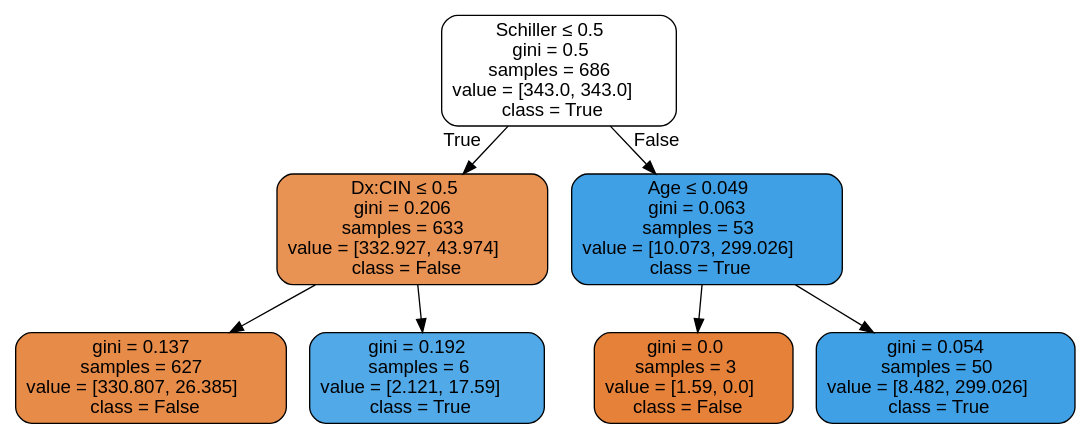
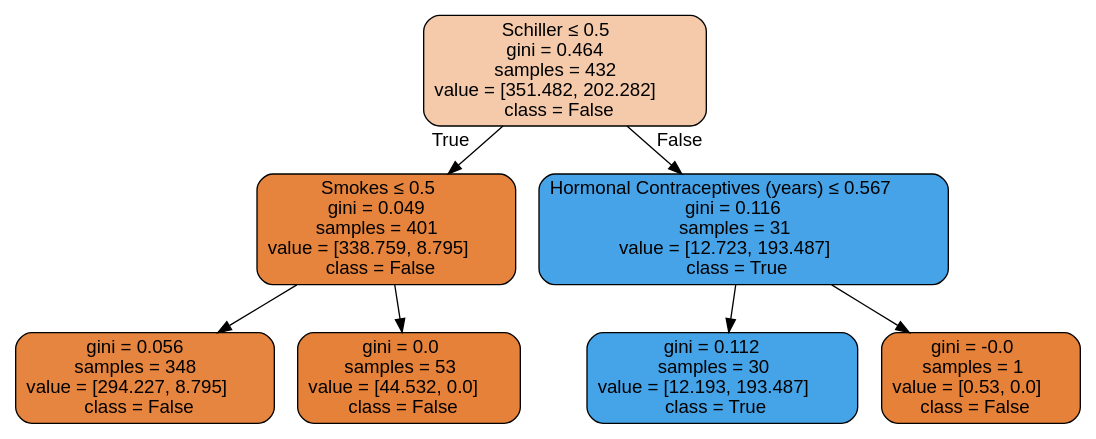
The diagram in tree.dot (giorosati/dsc-3-final-project-online-ds-pt-100118), drawn with Graphviz before and after one commit. The commit also changed 13 other files, not shown here.

```diff
--- a/tree.dot
+++ b/tree.dot
@@ -1,17 +1,17 @@
 digraph Tree {
 node [shape=box, style="filled, rounded", color="black", fontname=helvetica] ;
 edge [fontname=helvetica] ;
-0 [label=<Schiller &le; 0.5<br/>gini = 0.5<br/>samples = 686<br/>value = [343.0, 343.0]<br/>class = True>, fillcolor="#ffffff"] ;
-1 [label=<Dx:CIN &le; 0.5<br/>gini = 0.206<br/>samples = 633<br/>value = [332.927, 43.974]<br/>class = False>, fillcolor="#e89253"] ;
+0 [label=<Schiller &le; 0.5<br/>gini = 0.464<br/>samples = 432<br/>value = [351.482, 202.282]<br/>class = False>, fillcolor="#f4caab"] ;
+1 [label=<Smokes &le; 0.5<br/>gini = 0.049<br/>samples = 401<br/>value = [338.759, 8.795]<br/>class = False>, fillcolor="#e6843e"] ;
 0 -> 1 [labeldistance=2.5, labelangle=45, headlabel="True"] ;
-2 [label=<gini = 0.137<br/>samples = 627<br/>value = [330.807, 26.385]<br/>class = False>, fillcolor="#e78b49"] ;
+2 [label=<gini = 0.056<br/>samples = 348<br/>value = [294.227, 8.795]<br/>class = False>, fillcolor="#e6853f"] ;
 1 -> 2 ;
-3 [label=<gini = 0.192<br/>samples = 6<br/>value = [2.121, 17.59]<br/>class = True>, fillcolor="#51a9e8"] ;
+3 [label=<gini = 0.0<br/>samples = 53<br/>value = [44.532, 0.0]<br/>class = False>, fillcolor="#e58139"] ;
 1 -> 3 ;
-4 [label=<Age &le; 0.049<br/>gini = 0.063<br/>samples = 53<br/>value = [10.073, 299.026]<br/>class = True>, fillcolor="#40a0e6"] ;
+4 [label=<Hormonal Contraceptives (years) &le; 0.567<br/>gini = 0.116<br/>samples = 31<br/>value = [12.723, 193.487]<br/>class = True>, fillcolor="#46a3e7"] ;
 0 -> 4 [labeldistance=2.5, labelangle=-45, headlabel="False"] ;
-5 [label=<gini = 0.0<br/>samples = 3<br/>value = [1.59, 0.0]<br/>class = False>, fillcolor="#e58139"] ;
+5 [label=<gini = 0.112<br/>samples = 30<br/>value = [12.193, 193.487]<br/>class = True>, fillcolor="#45a3e7"] ;
 4 -> 5 ;
-6 [label=<gini = 0.054<br/>samples = 50<br/>value = [8.482, 299.026]<br/>class = True>, fillcolor="#3fa0e6"] ;
+6 [label=<gini = -0.0<br/>samples = 1<br/>value = [0.53, 0.0]<br/>class = False>, fillcolor="#e58139"] ;
 4 -> 6 ;
 }
```
